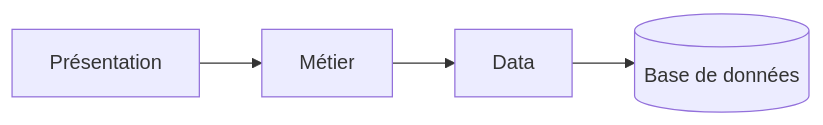
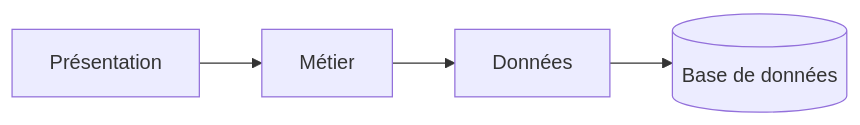
The first of 4 diagrams in ARCHITECTURE.md (donnatchris/DDD), drawn with Mermaid before and after one commit. The commit also changed other lines of this file, not shown here.

````diff
--- a/ARCHITECTURE.md
+++ b/ARCHITECTURE.md
@@ -68,6 +67,6 @@
 ```mermaid
 flowchart LR
     A[Présentation] --> B[Métier]
-    B --> C[Data]
+    B --> C[Données]
     C --> D[(Base de données)]
 ```
````
